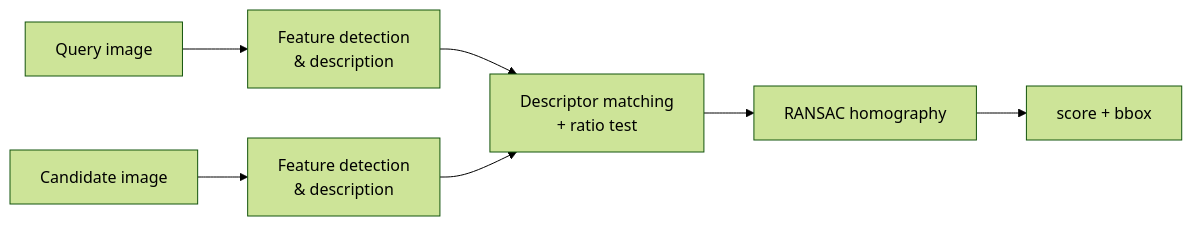
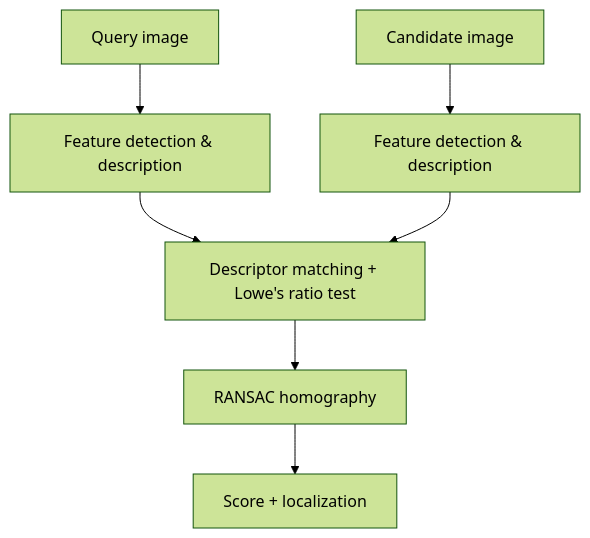
One commit to odil-ai/cropcatcher changed the diagram in docs/index.md. Above: the diagram before and after it, drawn with Mermaid (forest theme). The commit also changed other lines of this file and 12 other files, not shown here.

````diff
--- a/docs/index.md
+++ b/docs/index.md
@@ -91,9 +110,9 @@
 ```mermaid
-flowchart LR
-    Q["Query image"] --> FD1["Feature detection<br/>& description"]
-    C["Candidate image"] --> FD2["Feature detection<br/>& description"]
-    FD1 --> DM["Descriptor matching<br/>+ ratio test"]
+flowchart TD
+    Q["Query image"] --> FD1["Feature detection & description"]
+    C["Candidate image"] --> FD2["Feature detection & description"]
+    FD1 --> DM["Descriptor matching + Lowe's ratio test"]
     FD2 --> DM
     DM --> RA["RANSAC homography"]
-    RA --> SC["score + bbox"]
+    RA --> SC["Score + localization"]
 ```
````
